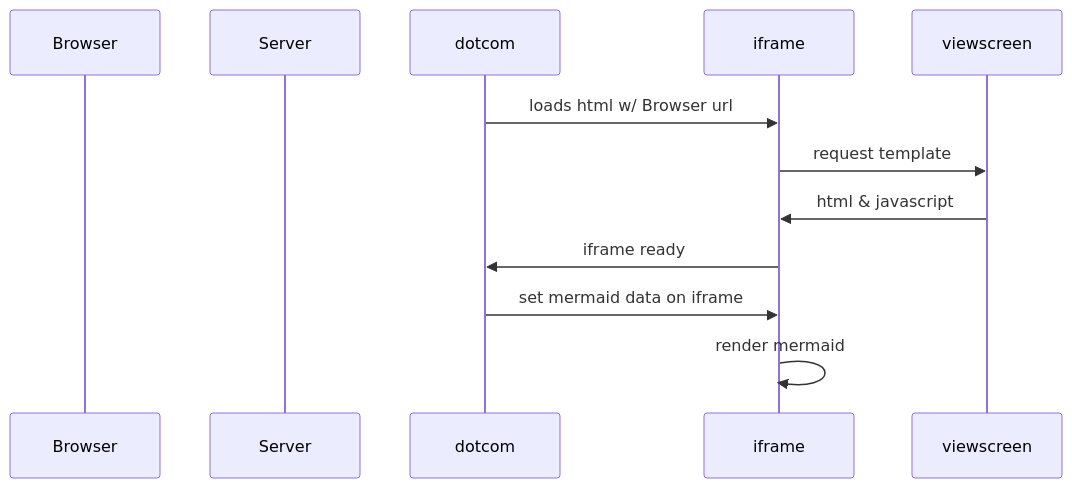
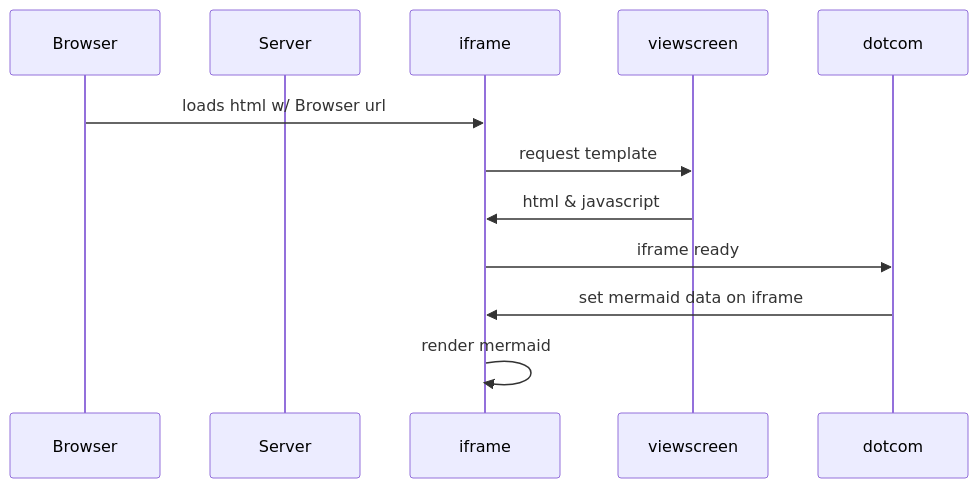
One commit to JhonTheRipper89/SequenceDiagram changed the diagram in README.md. Above: the diagram before and after it, drawn with Mermaid.

````diff
--- a/README.md
+++ b/README.md
@@ -2,11 +2,11 @@
 ```mermaid
 sequenceDiagram
     participant Browser
     participant Server
-    dotcom->>iframe: loads html w/ Browser url
+    Browser->>iframe: loads html w/ Browser url
     iframe->>viewscreen: request template
     viewscreen->>iframe: html & javascript
     iframe->>dotcom: iframe ready
     dotcom->>iframe: set mermaid data on iframe
     iframe->>iframe: render mermaid
 ```
````
